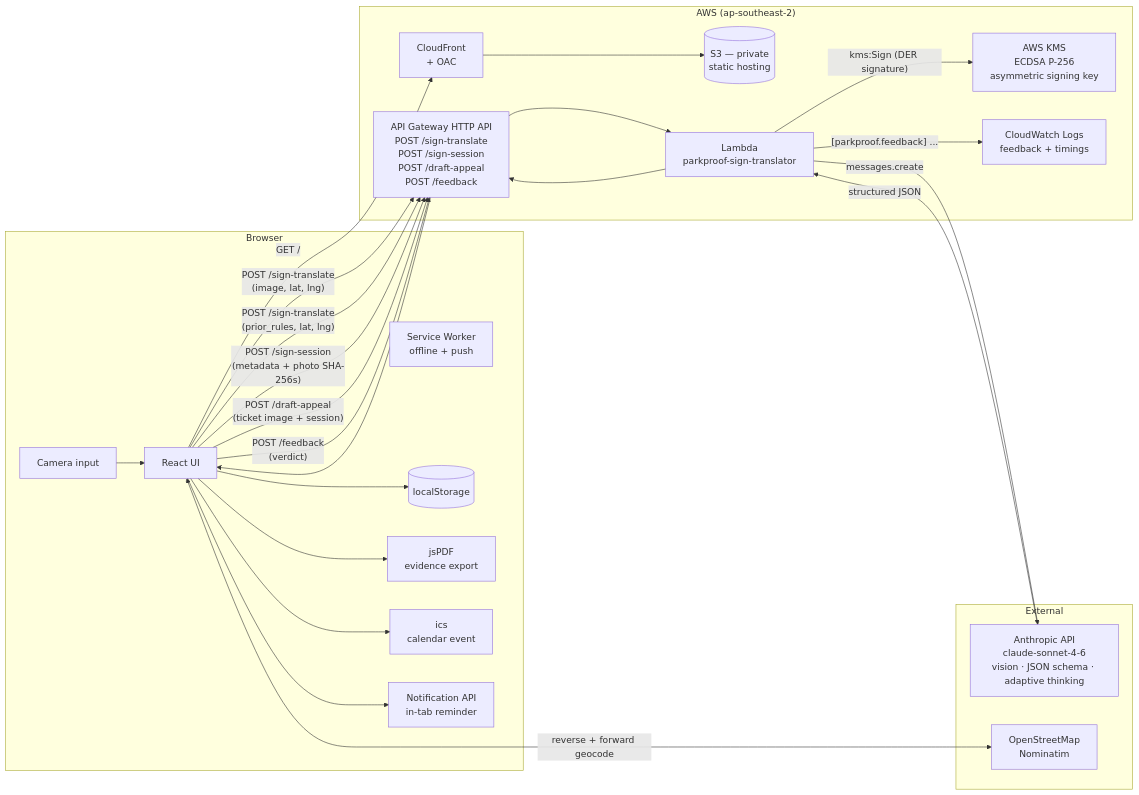
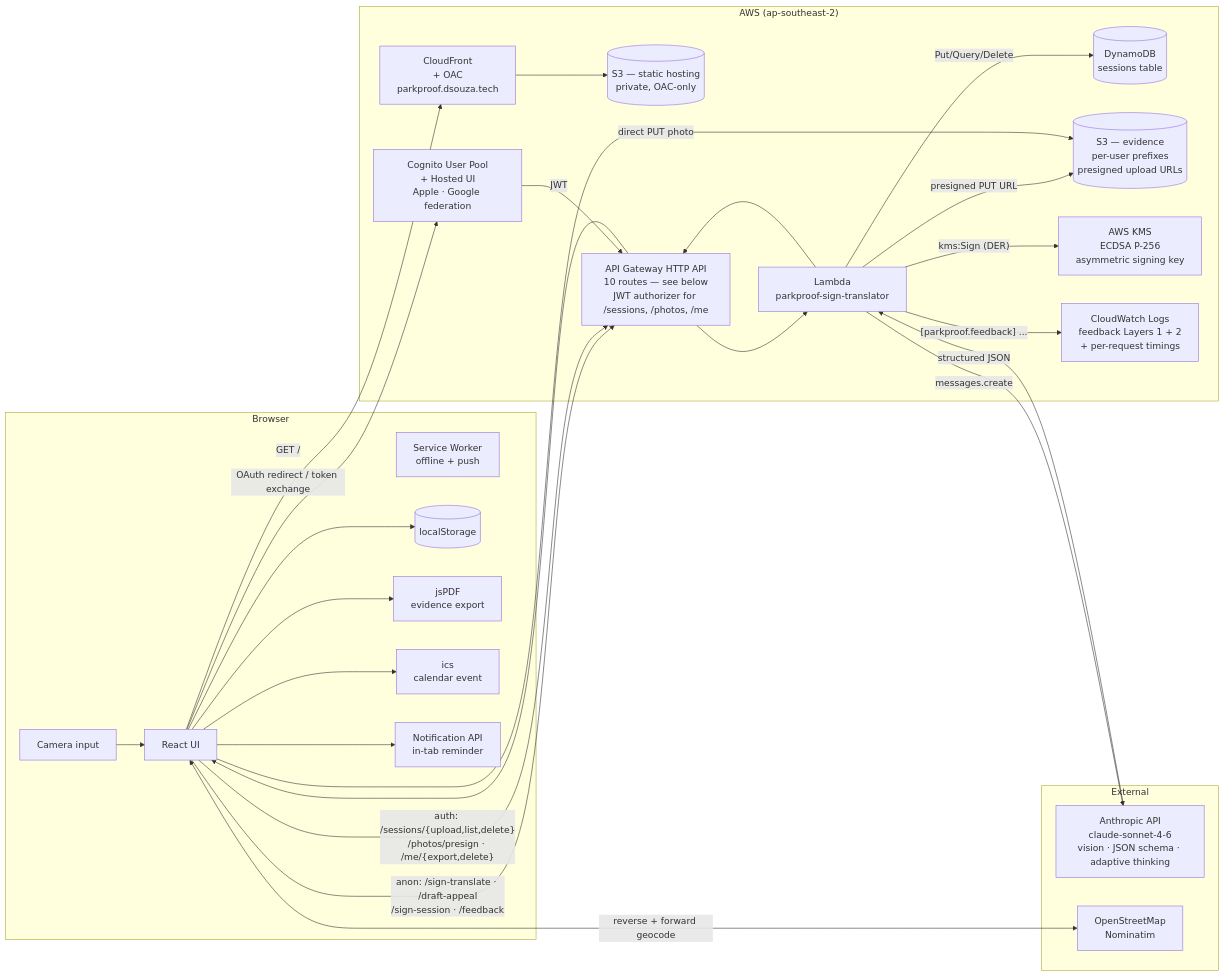
Before and after one commit to melroyds/parkproof: the diagram in README.md, drawn with Mermaid. The commit also changed other lines of this file and 1 other file, not shown here.

First paragraph of the commit message:
docs: refresh README + CLAUDE for current shipped surface
The repo had drifted: docs still described an early-2026 snapshot of
the app, while the code has moved through cloud sync, federation,
appeal-letter drafting, signing, i18n, and the Layer-2 feedback
pipeline since.

````diff
--- a/README.md
+++ b/README.md
@@ -80,43 +80,48 @@
 ```mermaid
 flowchart LR
   subgraph Browser
     Cam[Camera input]
     UI[React UI]
     SW[Service Worker<br/>offline + push]
     LS[(localStorage)]
     PDF[jsPDF<br/>evidence export]
     ICS[ics<br/>calendar event]
     Notif[Notification API<br/>in-tab reminder]
   end
 
   subgraph AWS["AWS (ap-southeast-2)"]
-    CF[CloudFront<br/>+ OAC]
-    S3[(S3 — private<br/>static hosting)]
-    APIGW[API Gateway HTTP API<br/>POST /sign-translate<br/>POST /sign-session<br/>POST /draft-appeal<br/>POST /feedback]
+    CF[CloudFront<br/>+ OAC<br/>parkproof.dsouza.tech]
+    S3App[(S3 — static hosting<br/>private, OAC-only)]
+    APIGW[API Gateway HTTP API<br/>10 routes — see below<br/>JWT authorizer for /sessions, /photos, /me]
     Lambda[Lambda<br/>parkproof-sign-translator]
+    Cog[Cognito User Pool<br/>+ Hosted UI<br/>Apple · Google federation]
+    DDB[(DynamoDB<br/>sessions table)]
+    S3Ev[(S3 — evidence<br/>per-user prefixes<br/>presigned upload URLs)]
     KMS[AWS KMS<br/>ECDSA P-256<br/>asymmetric signing key]
-    Logs[CloudWatch Logs<br/>feedback + timings]
+    Logs[CloudWatch Logs<br/>feedback Layers 1 + 2<br/>+ per-request timings]
   end
 
   subgraph External
     Claude[Anthropic API<br/>claude-sonnet-4-6<br/>vision · JSON schema · adaptive thinking]
     Nom[OpenStreetMap<br/>Nominatim]
   end
 
   Cam --> UI
-  UI -- "GET /" --> CF --> S3
-  UI -- "POST /sign-translate<br/>(image, lat, lng)" --> APIGW --> Lambda
-  UI -- "POST /sign-translate<br/>(prior_rules, lat, lng)" --> APIGW
-  UI -- "POST /sign-session<br/>(metadata + photo SHA-256s)" --> APIGW
-  UI -- "POST /draft-appeal<br/>(ticket image + session)" --> APIGW
-  UI -- "POST /feedback<br/>(verdict)" --> APIGW
+  UI -- "GET /" --> CF --> S3App
+  UI -- "anon: /sign-translate · /draft-appeal<br/>/sign-session · /feedback" --> APIGW --> Lambda
+  UI -- "auth: /sessions/{upload,list,delete}<br/>/photos/presign · /me/{export,delete}" --> APIGW
+  UI -- "OAuth redirect / token exchange" --> Cog
+  Cog -- "JWT" --> APIGW
   Lambda -- "messages.create" --> Claude
   Claude -- "structured JSON" --> Lambda --> APIGW --> UI
-  Lambda -- "kms:Sign (DER signature)" --> KMS
+  Lambda -- "kms:Sign (DER)" --> KMS
+  Lambda -- "Put/Query/Delete" --> DDB
+  Lambda -- "presigned PUT URL" --> S3Ev
+  UI -- "direct PUT photo" --> S3Ev
   Lambda -- "[parkproof.feedback] ..." --> Logs
   UI <-- "reverse + forward geocode" --> Nom
   UI --> LS
   UI --> PDF
   UI --> ICS
   UI --> Notif
 ```
````
